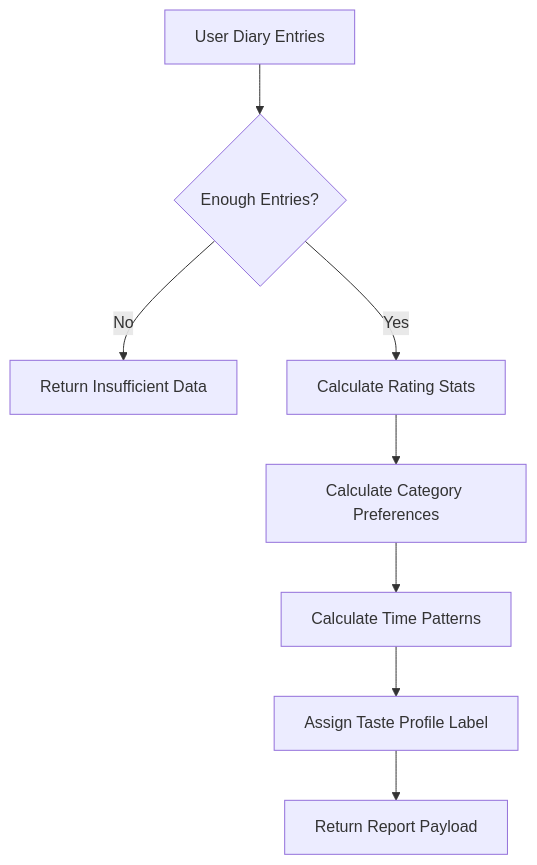
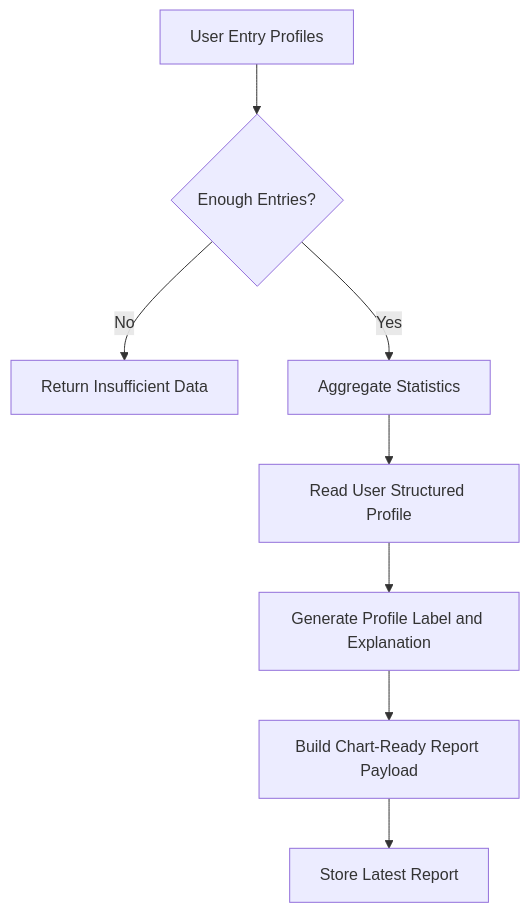
One commit to juneharold/cs350-snapplate changed the second of 3 diagrams in juneha-algorithm.md. Above: the diagram before and after it, drawn with Mermaid. The commit also changed other lines of this file, not shown here.

````diff
--- a/juneha-algorithm.md
+++ b/juneha-algorithm.md
@@ -84,10 +306,10 @@
 ```mermaid
 flowchart TD
-    A[User Diary Entries] --> B{Enough Entries?}
+    A[User Entry Profiles] --> B{Enough Entries?}
     B -- No --> C[Return Insufficient Data]
-    B -- Yes --> D[Calculate Rating Stats]
-    D --> E[Calculate Category Preferences]
-    E --> F[Calculate Time Patterns]
-    F --> G[Assign Taste Profile Label]
-    G --> H[Return Report Payload]
+    B -- Yes --> D[Aggregate Statistics]
+    D --> E[Read User Structured Profile]
+    E --> F[Generate Profile Label and Explanation]
+    F --> G[Build Chart-Ready Report Payload]
+    G --> H[Store Latest Report]
 ```
````
